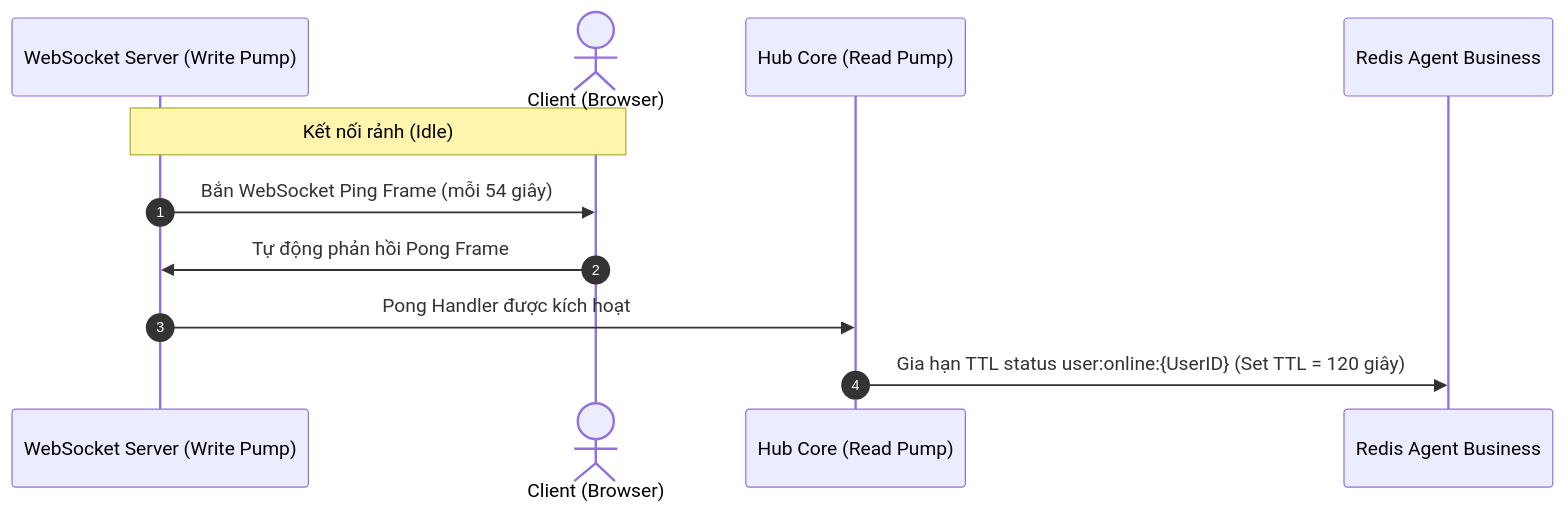
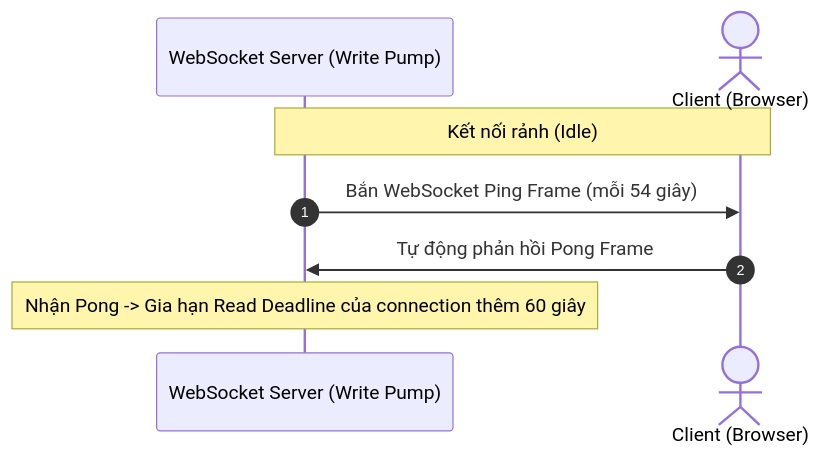
One commit to sowfkun/sowfkun-verse changed the second of 4 diagrams in .agents/docs/SOCKET_FLOW.md. Above: the diagram before and after it, drawn with Mermaid. The commit also changed other lines of this file, not shown here.

Commit message:
docs(socket): correct sequence diagrams in socket flow spec

````diff
--- a/.agents/docs/SOCKET_FLOW.md
+++ b/.agents/docs/SOCKET_FLOW.md
@@ -43,14 +41,11 @@
 ```mermaid
 sequenceDiagram
     autonumber
     participant Server as WebSocket Server (Write Pump)
     actor Client as Client (Browser)
-    participant Hub as Hub Core (Read Pump)
-    participant Redis as Redis Agent Business
 
     Note over Server, Client: Kết nối rảnh (Idle)
     Server->>Client: Bắn WebSocket Ping Frame (mỗi 54 giây)
     Client->>Server: Tự động phản hồi Pong Frame
-    Server->>Hub: Pong Handler được kích hoạt
-    Hub->>Redis: Gia hạn TTL status user:online:{UserID} (Set TTL = 120 giây)
+    Note over Server: Nhận Pong -> Gia hạn Read Deadline của connection thêm 60 giây
 ```
````
